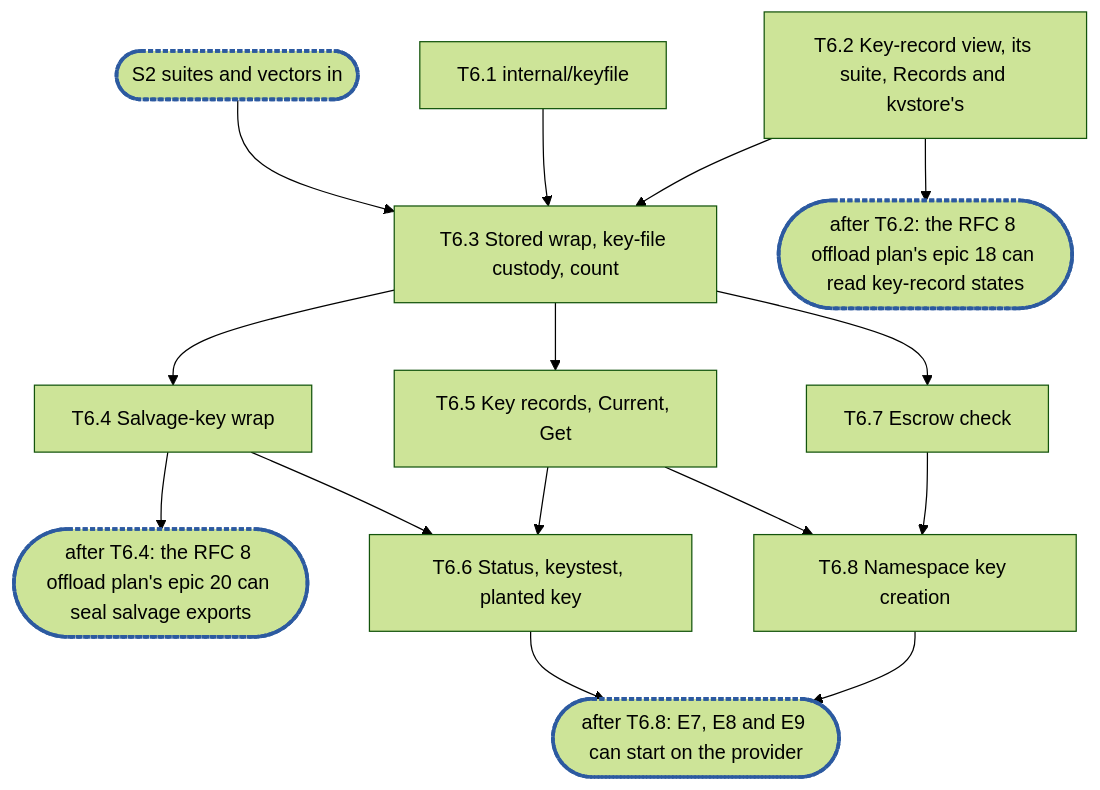
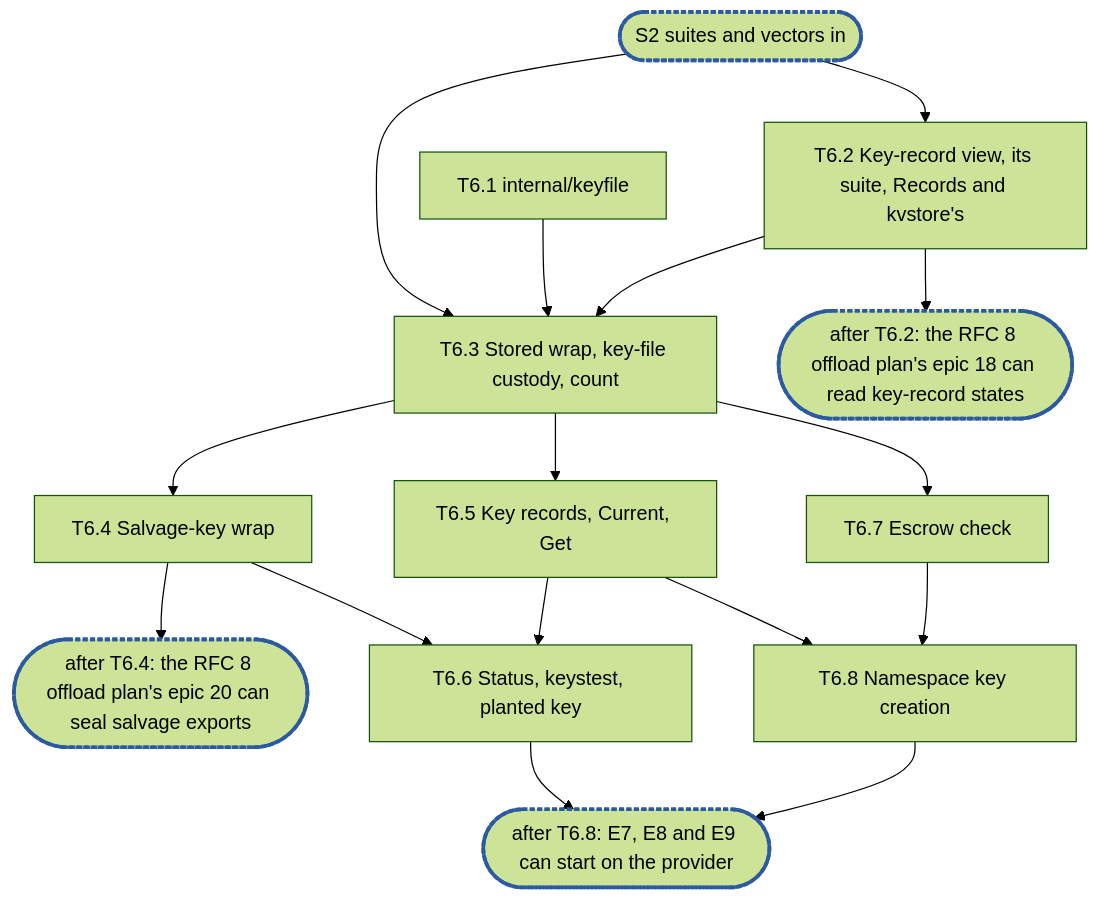
Before and after one commit to cubbit/dittofs: the diagram in .planning/rfc-5-transforms-epic6.md, drawn with Mermaid (forest theme). The commit also changed other lines of this file, not shown here.

````diff
--- a/.planning/rfc-5-transforms-epic6.md
+++ b/.planning/rfc-5-transforms-epic6.md
@@ -884,15 +888,16 @@
 ```mermaid
 flowchart TD
   S2(["S2 suites and vectors in"]):::sync --> T6_3
+  S2 --> T6_2
   T6_1["T6.1 internal/keyfile"] --> T6_3["T6.3 Stored wrap, key-file custody, count"]
   T6_2["T6.2 Key-record view, its suite, Records and kvstore's"] --> T6_3
   T6_2 --> C0(["after T6.2: the RFC 8 offload plan's epic 18 can read key-record states"]):::sync
   T6_3 --> T6_4["T6.4 Salvage-key wrap"]
   T6_4 --> C2(["after T6.4: the RFC 8 offload plan's epic 20 can seal salvage exports"]):::sync
   T6_3 --> T6_5["T6.5 Key records, Current, Get"]
   T6_4 & T6_5 --> T6_6["T6.6 Status, keystest, planted key"]
   T6_3 --> T6_7["T6.7 Escrow check"]
   T6_5 & T6_7 --> T6_8["T6.8 Namespace key creation"]
   T6_6 & T6_8 --> C3(["after T6.8: E7, E8 and E9 can start on the provider"]):::sync
   classDef sync stroke:#2c5aa0,stroke-width:3px,stroke-dasharray:4 2
 ```
````
